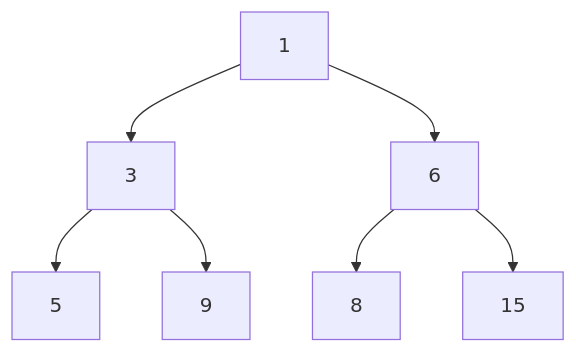
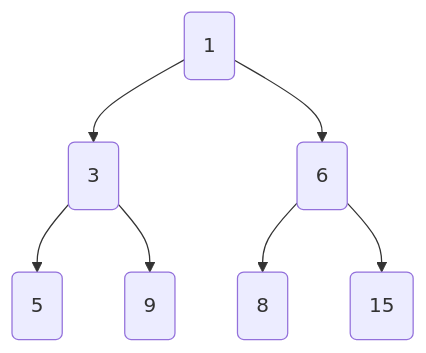
One commit to Shyam-Chen/TypeScript-Solutions changed the first of 2 diagrams in algorithms/7.heap/README.md. Above: the diagram before and after it, drawn with Mermaid. The commit also changed other lines of this file and 3 other files, not shown here.

````diff
--- a/algorithms/7.heap/README.md
+++ b/algorithms/7.heap/README.md
@@ -17,9 +17,9 @@
 ```mermaid
-graph TD
-    0[1] --> 1[3]
-    0 --> 2[6]
-    1 --> 3[5]
-    1 --> 4[9]
-    2 --> 5[8]
-    2 --> 6[15]
+flowchart TB
+    0(1) --> 1(3)
+    0 --> 2(6)
+    1 --> 3(5)
+    1 --> 4(9)
+    2 --> 5(8)
+    2 --> 6(15)
 ```
````
